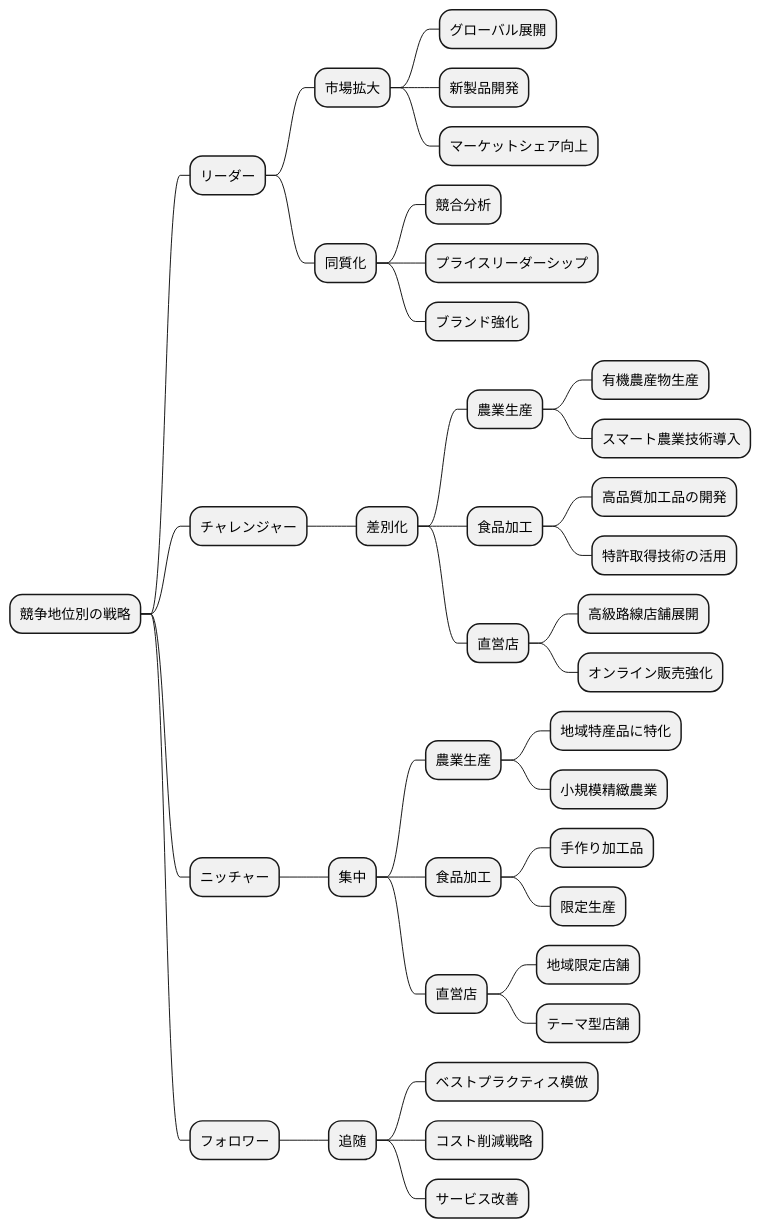
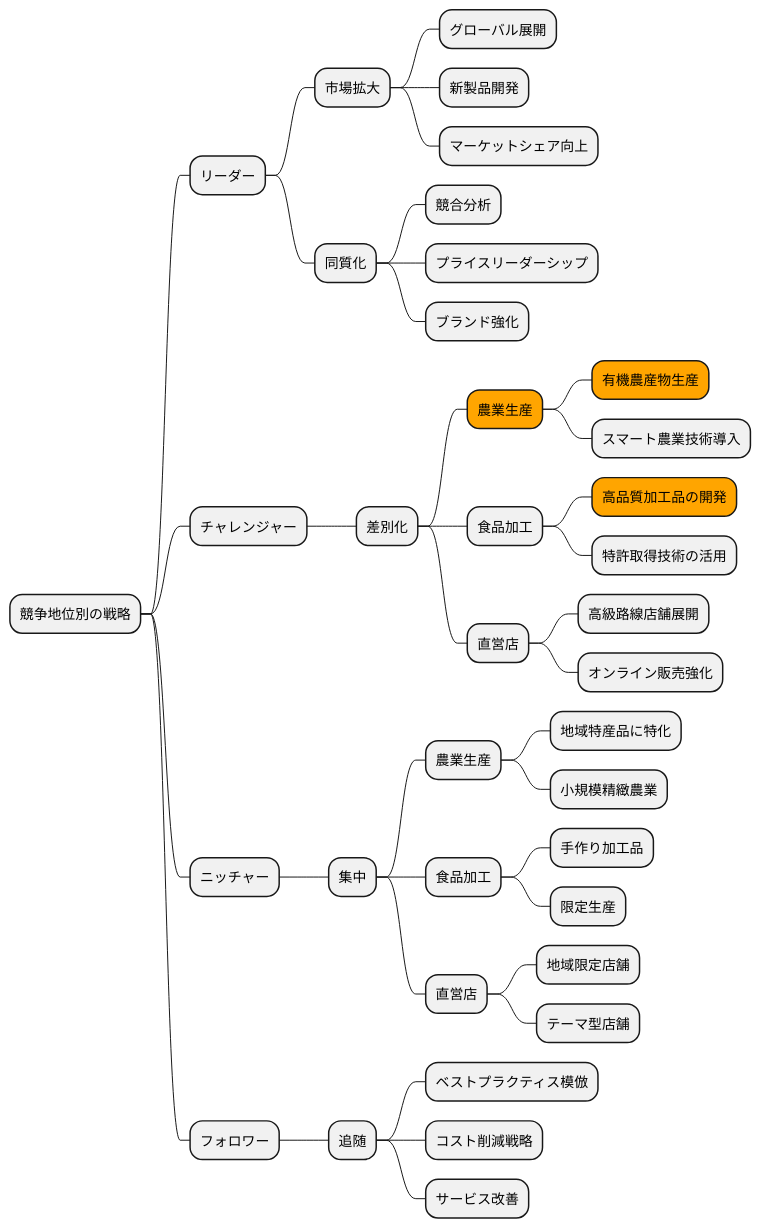
Before and after one commit to k2works/case-sutudy-business-analysis: the ninth of 15 diagrams in docs/case/r04_case_1.adoc, drawn with PlantUML. The commit also changed other lines of this file, not shown here.

```diff
--- a/docs/case/r04_case_1.adoc
+++ b/docs/case/r04_case_1.adoc
@@ -434,42 +508,42 @@
 [plantuml]
 ----
 @startmindmap
 * 競争地位別の戦略
 ** リーダー
 *** 市場拡大
 **** グローバル展開
 **** 新製品開発
 **** マーケットシェア向上
 *** 同質化
 **** 競合分析
 **** プライスリーダーシップ
 **** ブランド強化
 ** チャレンジャー
 *** 差別化
-**** 農業生産
-***** 有機農産物生産
+****[#orange] 農業生産
+*****[#orange]  有機農産物生産
 ***** スマート農業技術導入
 **** 食品加工
-***** 高品質加工品の開発
+*****[#orange] 高品質加工品の開発
 ***** 特許取得技術の活用
 **** 直営店
 ***** 高級路線店舗展開
 ***** オンライン販売強化
 ** ニッチャー
 *** 集中
 **** 農業生産
 ***** 地域特産品に特化
 ***** 小規模精緻農業
 **** 食品加工
 ***** 手作り加工品
 ***** 限定生産
 **** 直営店
 ***** 地域限定店舗
 ***** テーマ型店舗
 ** フォロワー
 *** 追随
 **** ベストプラクティス模倣
 **** コスト削減戦略
 **** サービス改善
 @endmindmap
 ----
```
